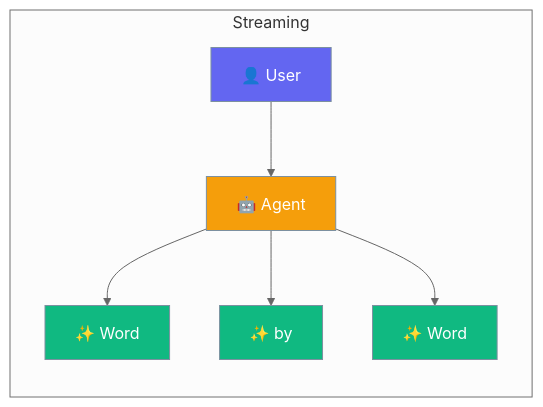
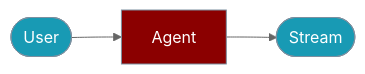
One commit to MervinPraison/PraisonAIDocs changed the first of 2 diagrams in docs/js/realtime.mdx. Above: the diagram before and after it, drawn with Mermaid (neutral theme). The commit also changed 19 other files, not shown here.

````diff
--- a/docs/js/realtime.mdx
+++ b/docs/js/realtime.mdx
@@ -10,17 +10,11 @@
 ```mermaid
 graph LR
-    subgraph "Streaming"
-        A[👤 User] --> B[🤖 Agent]
-        B --> C[✨ Word]
-        B --> D[✨ by]
-        B --> E[✨ Word]
-    end
-    
-    classDef user fill:#6366F1,stroke:#7C90A0,color:#fff
-    classDef agent fill:#F59E0B,stroke:#7C90A0,color:#fff
-    classDef stream fill:#10B981,stroke:#7C90A0,color:#fff
-    
-    class A user
-    class B agent
-    class C,D,E stream
+    User([User]) --> Agent[Agent]
+    Agent --> Stream([Stream])
+
+    classDef agent fill:#8B0000,stroke:#7C90A0,color:#fff
+    classDef tool fill:#189AB4,stroke:#7C90A0,color:#fff
+
+    class Agent agent
+    class User,Stream tool
 ```
````
